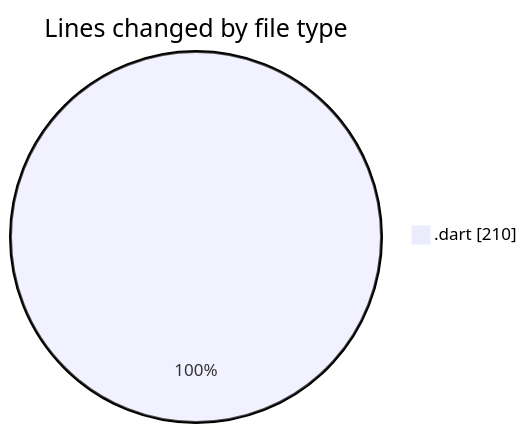
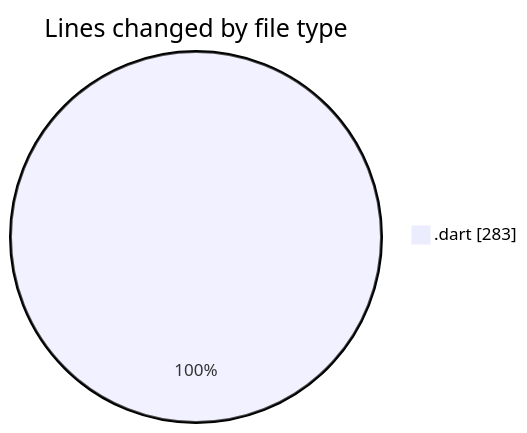
One commit to donsfak/code-tracking changed the first of 2 diagrams in 2025-01-15/trackers_app/README.md. Above: the diagram before and after it, drawn with Mermaid. The commit also changed other lines of this file and 1 other file, not shown here.

````diff
--- a/2025-01-15/trackers_app/README.md
+++ b/2025-01-15/trackers_app/README.md
@@ -21,5 +22,5 @@
 ```mermaid
 pie showData
 title Lines changed by file type
-".dart" : 210
+".dart" : 283
 ```
````
